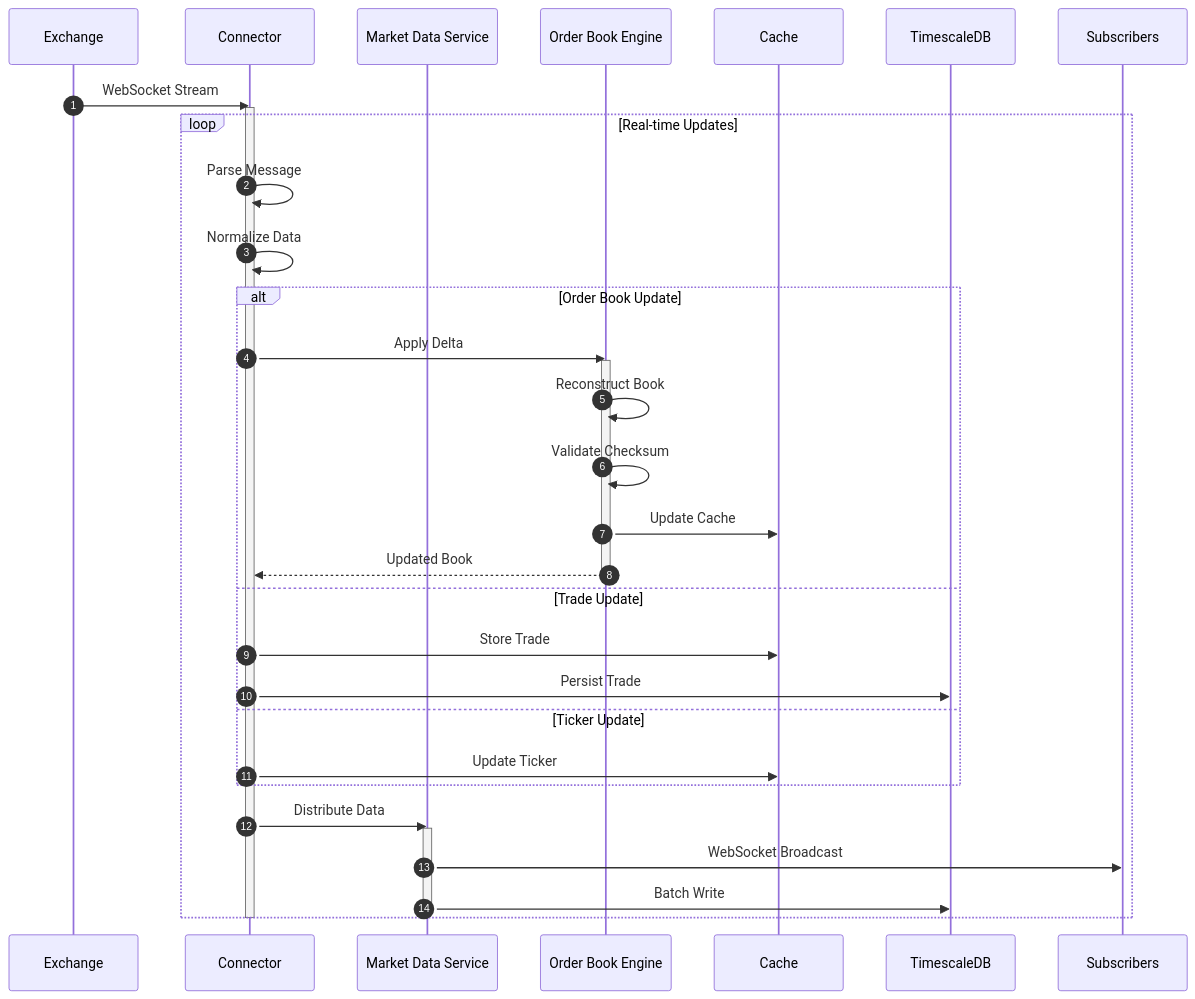
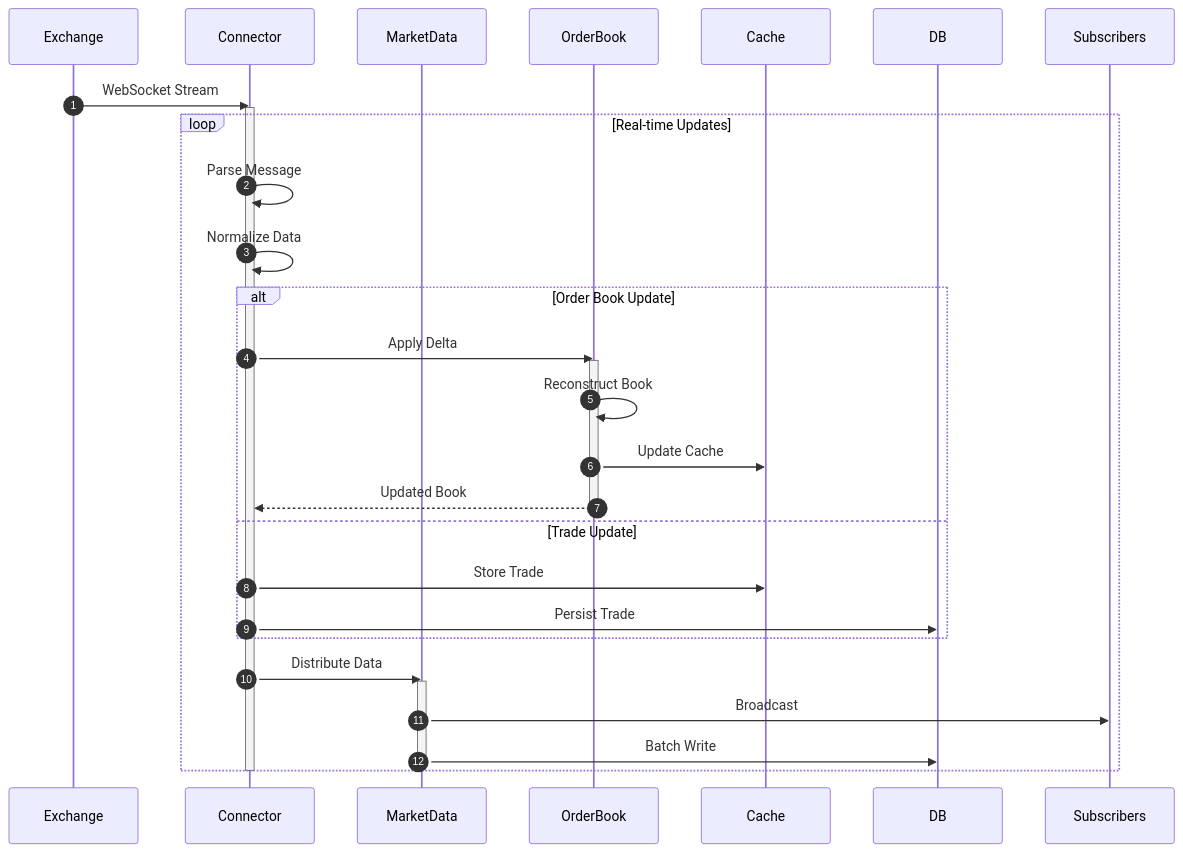
One commit to abdoElHodaky/tradSys changed diagram 11 of 52 in diagrams.md. Above: the diagram before and after it, drawn with Mermaid. The commit also changed other lines of this file, not shown here.

````diff
--- a/diagrams.md
+++ b/diagrams.md
@@ -769,42 +387,39 @@
 ```mermaid
 sequenceDiagram
     autonumber
     participant Exchange
     participant Connector
-    participant MarketData as Market Data Service
-    participant OrderBook as Order Book Engine
+    participant MarketData
+    participant OrderBook
     participant Cache
-    participant DB as TimescaleDB
+    participant DB
     participant Subscribers
     
     Exchange->>Connector: WebSocket Stream
     activate Connector
     
     loop Real-time Updates
         Connector->>Connector: Parse Message
         Connector->>Connector: Normalize Data
         
         alt Order Book Update
             Connector->>OrderBook: Apply Delta
             activate OrderBook
             OrderBook->>OrderBook: Reconstruct Book
-            OrderBook->>OrderBook: Validate Checksum
             OrderBook->>Cache: Update Cache
             OrderBook-->>Connector: Updated Book
             deactivate OrderBook
         else Trade Update
             Connector->>Cache: Store Trade
             Connector->>DB: Persist Trade
-        else Ticker Update
-            Connector->>Cache: Update Ticker
         end
         
         Connector->>MarketData: Distribute Data
         activate MarketData
-        MarketData->>Subscribers: WebSocket Broadcast
+        MarketData->>Subscribers: Broadcast
         MarketData->>DB: Batch Write
         deactivate MarketData
     end
     
     deactivate Connector
 ```
````
